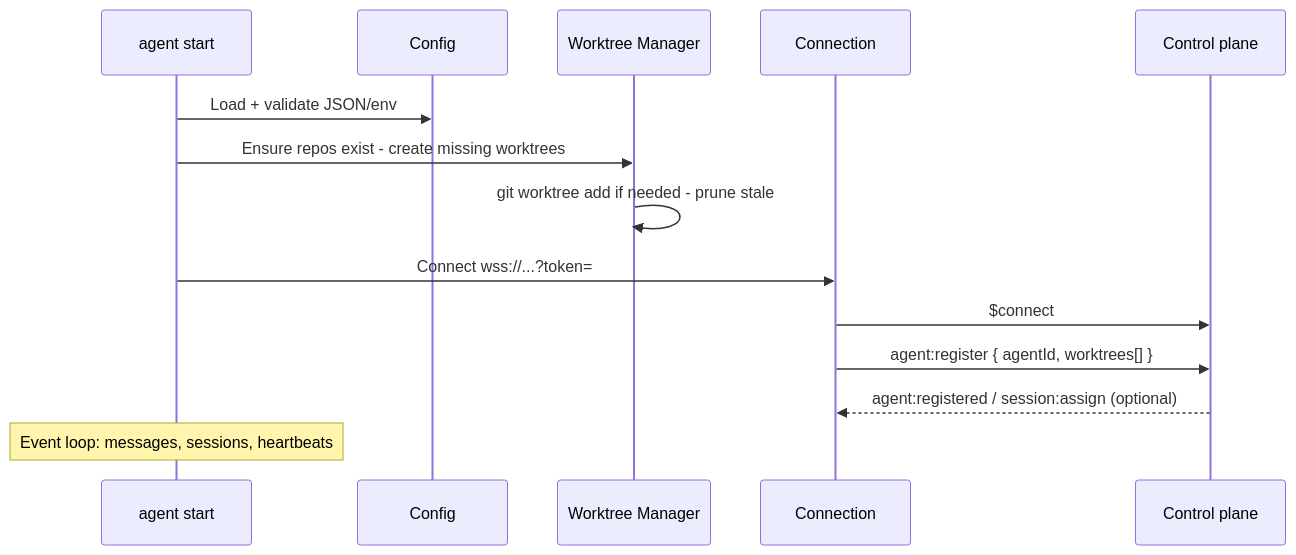
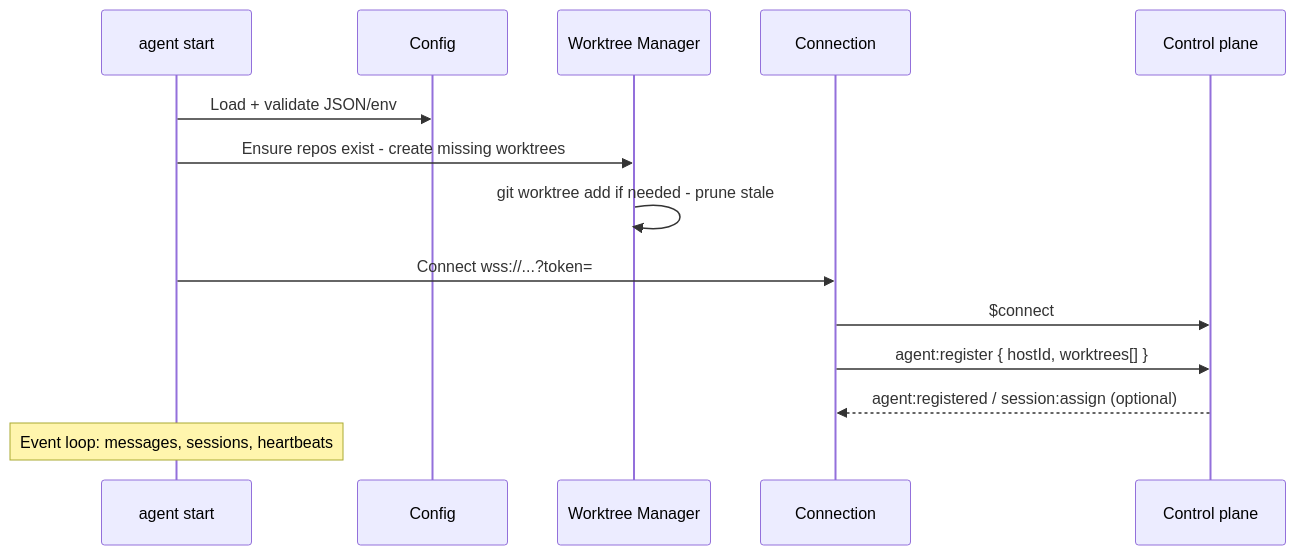
One commit to jonathanong/auto-harness changed the second of 5 diagrams in docs/agent.md. Above: the diagram before and after it, drawn with Mermaid. The commit also changed other lines of this file and 154 other files, not shown here.

````diff
--- a/docs/agent.md
+++ b/docs/agent.md
@@ -95,17 +95,17 @@
 ```mermaid
 sequenceDiagram
     participant Main as agent start
     participant Cfg as Config
     participant WTM as Worktree Manager
     participant Conn as Connection
     participant AWS as Control plane
 
     Main->>Cfg: Load + validate JSON/env
     Main->>WTM: Ensure repos exist - create missing worktrees
     WTM->>WTM: git worktree add if needed - prune stale
     Main->>Conn: Connect wss://...?token=
     Conn->>AWS: $connect
-    Conn->>AWS: agent:register { agentId, worktrees[] }
+    Conn->>AWS: agent:register { hostId, worktrees[] }
     AWS-->>Conn: agent:registered / session:assign (optional)
     Note over Main: Event loop: messages, sessions, heartbeats
 ```
````
